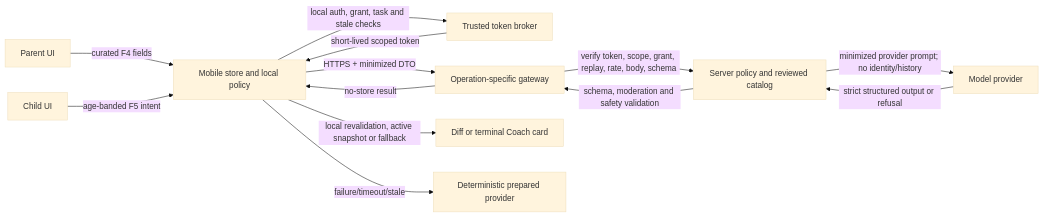
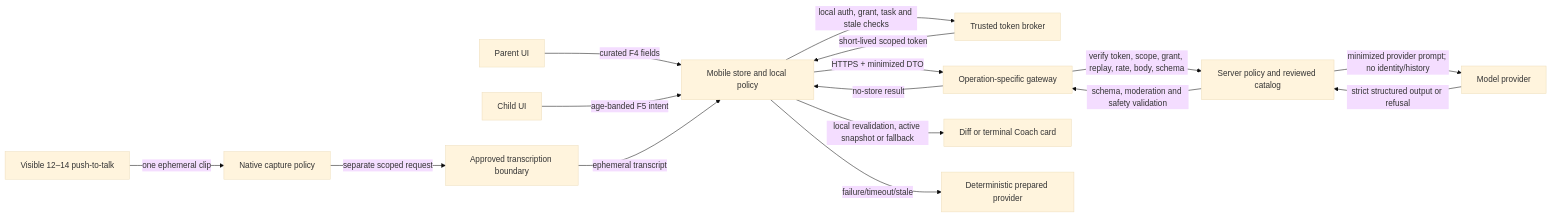
One commit to abdalrahman-ismaik/Ghaf changed the first of 4 diagrams in specs/004-bounded-live-ai/approval-packet.md. Above: the diagram before and after it, drawn with Mermaid (base theme). The commit also changed other lines of this file and 3 other files, not shown here.

````diff
--- a/specs/004-bounded-live-ai/approval-packet.md
+++ b/specs/004-bounded-live-ai/approval-packet.md
@@ -251,15 +283,18 @@
 ```mermaid
 flowchart LR
   P[Parent UI] -->|curated F4 fields| MS[Mobile store and local policy]
   C[Child UI] -->|age-banded F5 intent| MS
+  V[Visible 12–14 push-to-talk] -->|one ephemeral clip| VC[Native capture policy]
+  VC -->|separate scoped request| TX[Approved transcription boundary]
+  TX -->|ephemeral transcript| MS
   MS -->|local auth, grant, task and stale checks| TB[Trusted token broker]
   TB -->|short-lived scoped token| MS
   MS -->|HTTPS + minimized DTO| GW[Operation-specific gateway]
   GW -->|verify token, scope, grant, replay, rate, body, schema| SP[Server policy and reviewed catalog]
   SP -->|minimized provider prompt; no identity/history| PR[Model provider]
   PR -->|strict structured output or refusal| SP
   SP -->|schema, moderation and safety validation| GW
   GW -->|no-store result| MS
   MS -->|local revalidation, active snapshot or fallback| UI[Diff or terminal Coach card]
   MS -->|failure/timeout/stale| FB[Deterministic prepared provider]
 ```
````
